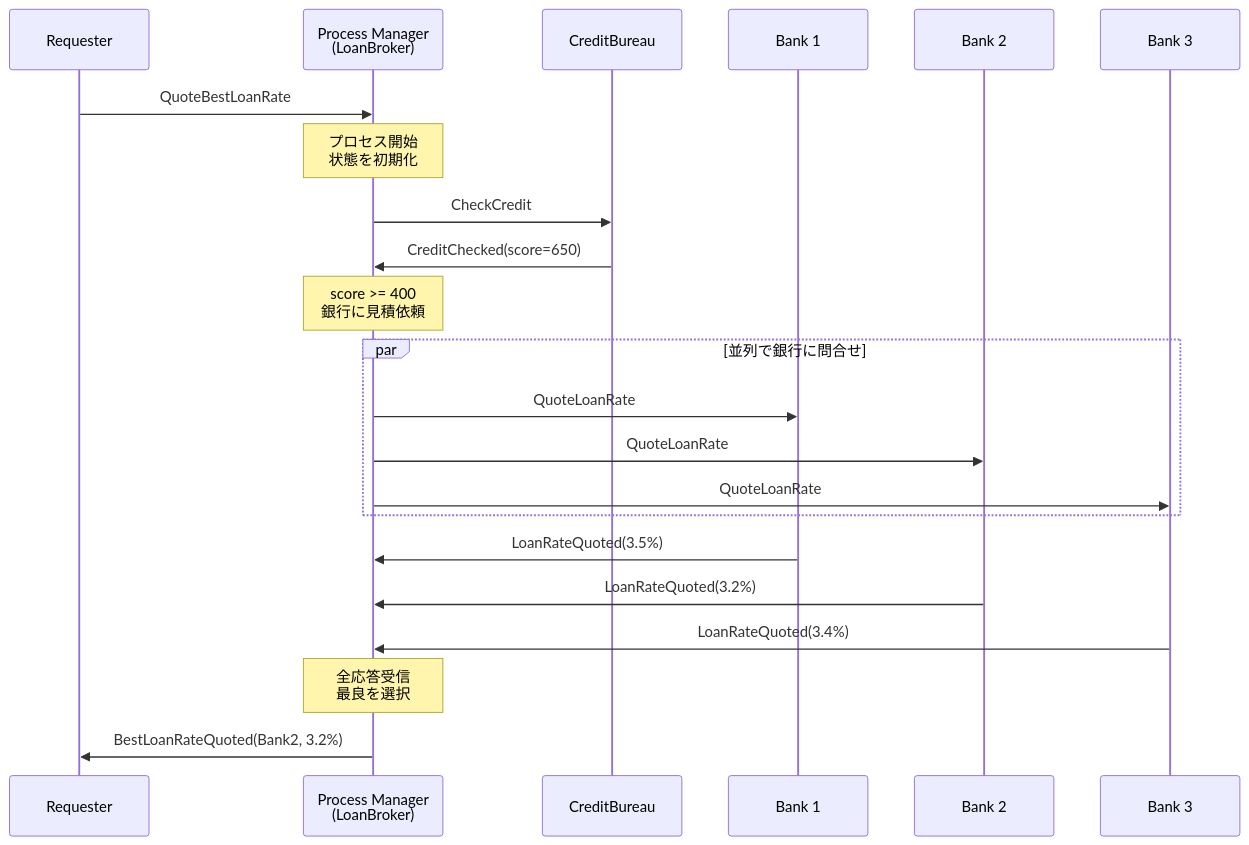
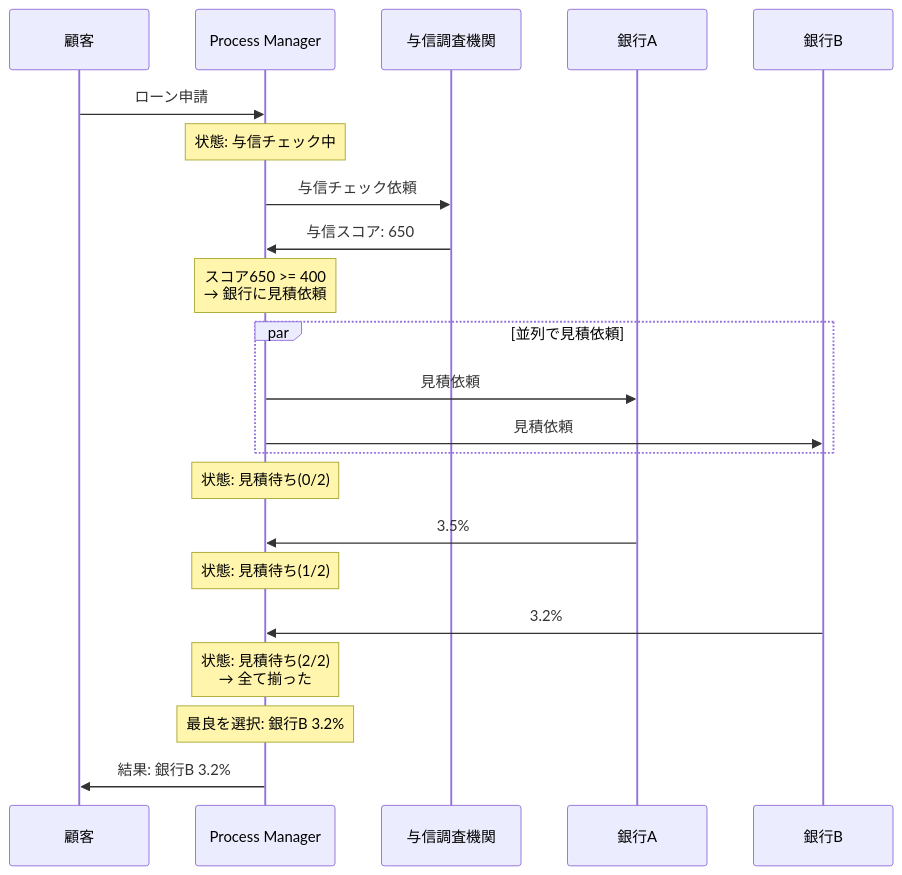
The fourth of 4 diagrams in content/programming/reactive_messaging_pattern/composed-routers/process_manager.md (tomoikey/quartz), drawn with Mermaid before and after one commit. The commit also changed other lines of this file and 18 other files, not shown here.

````diff
--- a/content/programming/reactive_messaging_pattern/composed-routers/process_manager.md
+++ b/content/programming/reactive_messaging_pattern/composed-routers/process_manager.md
@@ -57,30 +117,34 @@
 ```mermaid
 sequenceDiagram
-    participant REQ as Requester
-    participant PM as Process Manager<br/>(LoanBroker)
-    participant CB as CreditBureau
-    participant B1 as Bank 1
-    participant B2 as Bank 2
-    participant B3 as Bank 3
+    participant CLIENT as 顧客
+    participant PM as Process Manager
+    participant CB as 与信調査機関
+    participant B1 as 銀行A
+    participant B2 as 銀行B
 
-    REQ->>PM: QuoteBestLoanRate
-    Note over PM: プロセス開始<br/>状態を初期化
+    CLIENT->>PM: ローン申請
 
-    PM->>CB: CheckCredit
-    CB->>PM: CreditChecked(score=650)
+    Note over PM: 状態: 与信チェック中
 
-    Note over PM: score >= 400<br/>銀行に見積依頼
+    PM->>CB: 与信チェック依頼
+    CB->>PM: 与信スコア: 650
 
-    par 並列で銀行に問合せ
-        PM->>B1: QuoteLoanRate
-        PM->>B2: QuoteLoanRate
-        PM->>B3: QuoteLoanRate
+    Note over PM: スコア650 >= 400<br/>→ 銀行に見積依頼
+
+    par 並列で見積依頼
+        PM->>B1: 見積依頼
+        PM->>B2: 見積依頼
     end
 
-    B1->>PM: LoanRateQuoted(3.5%)
-    B2->>PM: LoanRateQuoted(3.2%)
-    B3->>PM: LoanRateQuoted(3.4%)
+    Note over PM: 状態: 見積待ち(0/2)
 
-    Note over PM: 全応答受信<br/>最良を選択
-    PM->>REQ: BestLoanRateQuoted(Bank2, 3.2%)
+    B1->>PM: 3.5%
+    Note over PM: 状態: 見積待ち(1/2)
+
+    B2->>PM: 3.2%
+    Note over PM: 状態: 見積待ち(2/2)<br/>→ 全て揃った
+
+    Note over PM: 最良を選択: 銀行B 3.2%
+
+    PM->>CLIENT: 結果: 銀行B 3.2%
 ```
````
